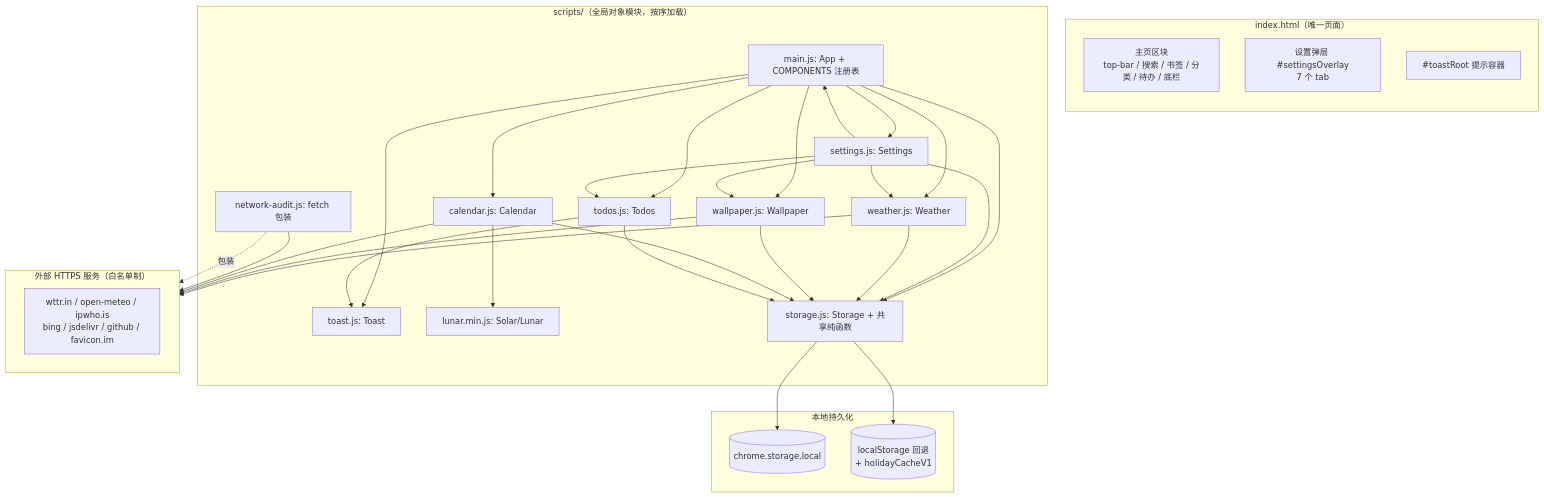
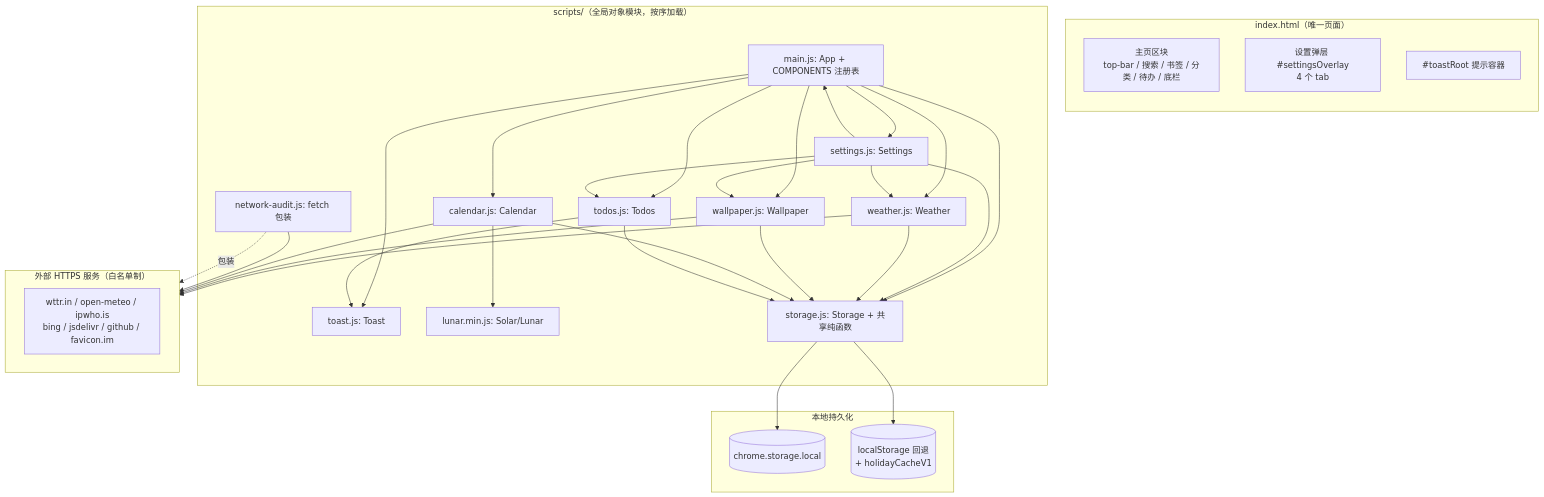
The first of 3 diagrams in docs/wiki/CODE_WIKI.md (wangyanan520/linring-newtab), drawn with Mermaid before and after one commit. The commit also changed other lines of this file and 24 other files, not shown here.

````diff
--- a/docs/wiki/CODE_WIKI.md
+++ b/docs/wiki/CODE_WIKI.md
@@ -120,42 +123,42 @@
 ```mermaid
 flowchart TB
     subgraph Page["index.html（唯一页面）"]
         direction TB
         Main["主页区块<br/>top-bar / 搜索 / 书签 / 分类 / 待办 / 底栏"]
-        Modal["设置弹层 #settingsOverlay<br/>7 个 tab"]
+        Modal["设置弹层 #settingsOverlay<br/>4 个 tab"]
         ToastRoot["#toastRoot 提示容器"]
     end
 
     subgraph Runtime["scripts/（全局对象模块，按序加载）"]
         App["main.js: App + COMPONENTS 注册表"]
         Settings["settings.js: Settings"]
         Weather["weather.js: Weather"]
         Wallpaper["wallpaper.js: Wallpaper"]
         Calendar["calendar.js: Calendar"]
         Todos["todos.js: Todos"]
         Toast["toast.js: Toast"]
         Audit["network-audit.js: fetch 包装"]
         Lunar["lunar.min.js: Solar/Lunar"]
         Storage["storage.js: Storage + 共享纯函数"]
     end
 
     subgraph Persistence["本地持久化"]
         CS[("chrome.storage.local")]
         LS[("localStorage 回退<br/>+ holidayCacheV1")]
     end
 
     subgraph Net["外部 HTTPS 服务（白名单制）"]
         W[wttr.in / open-meteo / ipwho.is<br/>bing / jsdelivr / github / favicon.im]
     end
 
     App --> Settings & Weather & Wallpaper & Calendar & Todos & Toast & Storage
     Settings --> Storage & Wallpaper & Weather & App & Todos
     Weather --> Storage
     Wallpaper --> Storage
     Calendar --> Lunar & Storage
     Todos --> Storage & Toast
     Storage --> CS
     Storage --> LS
     Weather & Wallpaper & Calendar & Audit --> Net
     Audit -.包装.-> Net
 ```
````
